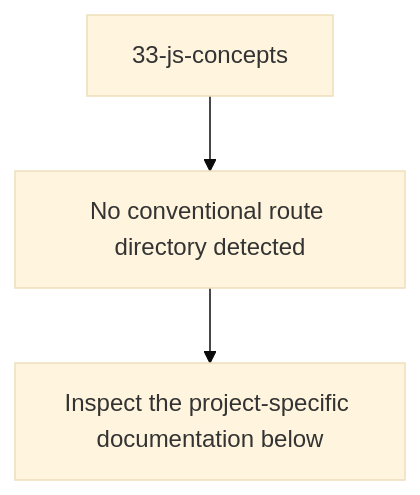
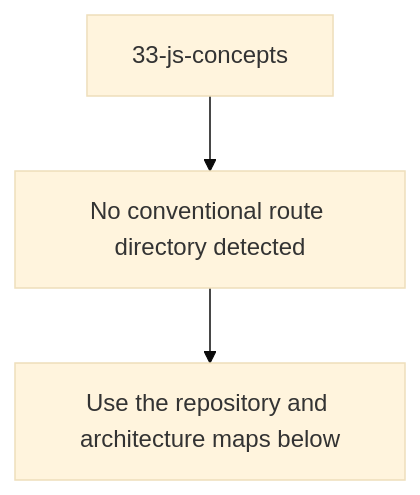
One commit to Nischhalsubba/33-js-concepts changed the second of 5 diagrams in README.md. Above: the diagram before and after it, drawn with Mermaid (base theme). The commit also changed other lines of this file, not shown here.

````diff
--- a/README.md
+++ b/README.md
@@ -39,6 +73,6 @@
 ```mermaid
 flowchart TD
     APP["33-js-concepts"]
     APP --> SOURCE["No conventional route directory detected"]
-    SOURCE --> VERIFY["Inspect the project-specific documentation below"]
+    SOURCE --> GUIDE["Use the repository and architecture maps below"]
 ```
````
